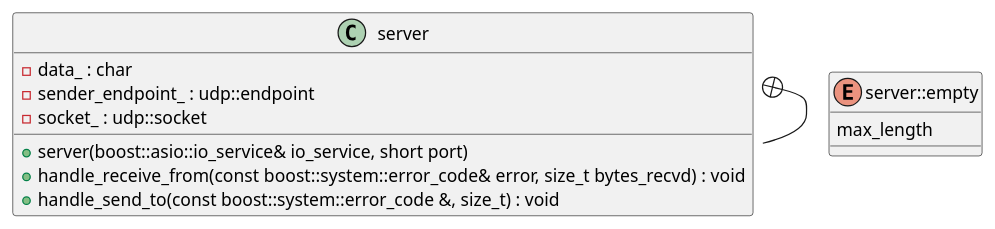
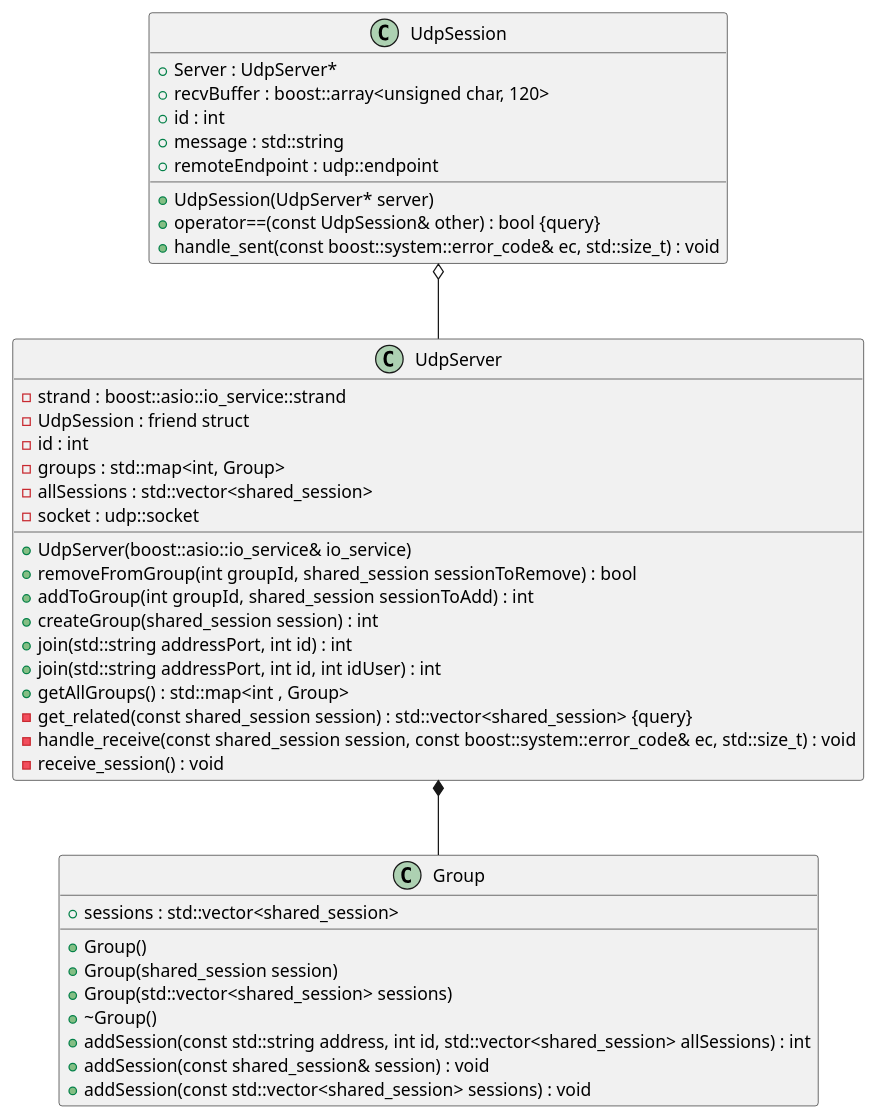
One commit to MartinRougeron2/Babel changed the diagram in resources/UML_UDP_SERVER.md. Above: the diagram before and after it, drawn with PlantUML. The commit also changed 6 other files, not shown here.

Commit message:
update readme and add diagrams

```diff
--- a/resources/UML_UDP_SERVER.md
+++ b/resources/UML_UDP_SERVER.md
@@ -1,45 +1,77 @@
 @startuml
 
 
 
 
 
 /' Objects '/
 
-class server {
-	+server(boost::asio::io_service& io_service, short port)
-	-data_ : char
-	-sender_endpoint_ : udp::endpoint
-	-socket_ : udp::socket
-	+handle_receive_from(const boost::system::error_code& error, size_t bytes_recvd) : void
-	+handle_send_to(const boost::system::error_code &, size_t) : void
+class Group {
+	+Group()
+	+Group(shared_session session)
+	+Group(std::vector<shared_session> sessions)
+	+~Group()
+	+addSession(const std::string address, int id, std::vector<shared_session> allSessions) : int
+	+sessions : std::vector<shared_session>
+	+addSession(const shared_session& session) : void
+	+addSession(const std::vector<shared_session> sessions) : void
 }
 
 
-enum server::empty {
-	max_length
+class UdpServer {
+	+UdpServer(boost::asio::io_service& io_service)
+	+removeFromGroup(int groupId, shared_session sessionToRemove) : bool
+	-strand : boost::asio::io_service::strand
+	-UdpSession : friend struct
+	+addToGroup(int groupId, shared_session sessionToAdd) : int
+	+createGroup(shared_session session) : int
+	-id : int
+	+join(std::string addressPort, int id) : int
+	+join(std::string addressPort, int id, int idUser) : int
+	+getAllGroups() : std::map<int , Group>
+	-groups : std::map<int, Group>
+	-allSessions : std::vector<shared_session>
+	-get_related(const shared_session session) : std::vector<shared_session> {query}
+	-socket : udp::socket
+	-handle_receive(const shared_session session, const boost::system::error_code& ec, std::size_t) : void
+	-receive_session() : void
+}
+
+
+class UdpSession {
+	+UdpSession(UdpServer* server)
+	+Server : UdpServer*
+	+operator==(const UdpSession& other) : bool {query}
+	+recvBuffer : boost::array<unsigned char, 120>
+	+id : int
+	+message : std::string
+	+remoteEndpoint : udp::endpoint
+	+handle_sent(const boost::system::error_code& ec, std::size_t) : void
 }
 
 
 
 
 
 /' Inheritance relationships '/
 
 
 
 
 /' Aggregation relationships '/
 
+.UdpServer *-- .Group
+
+
+.UdpSession o-- .UdpServer
+
+
 
 
 
 
 /' Nested objects '/
 
-.server +-- .server::empty
-
-
 
 
 @enduml
```
